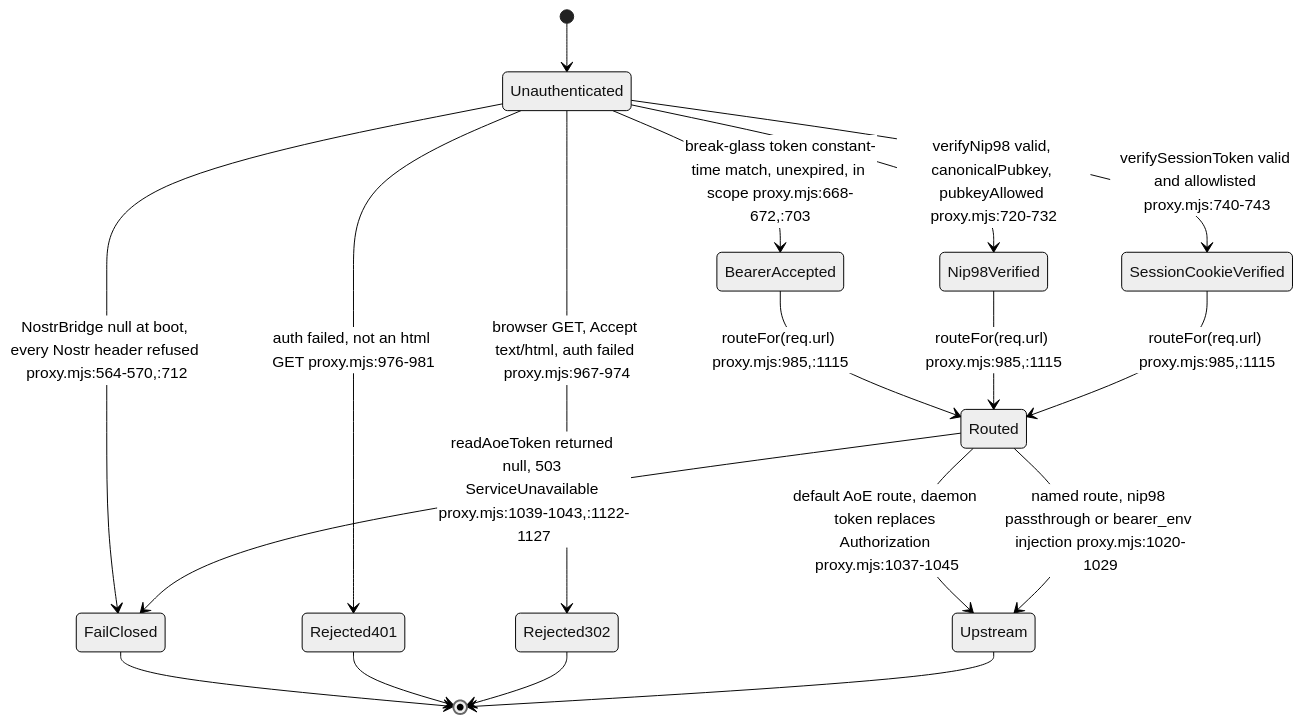
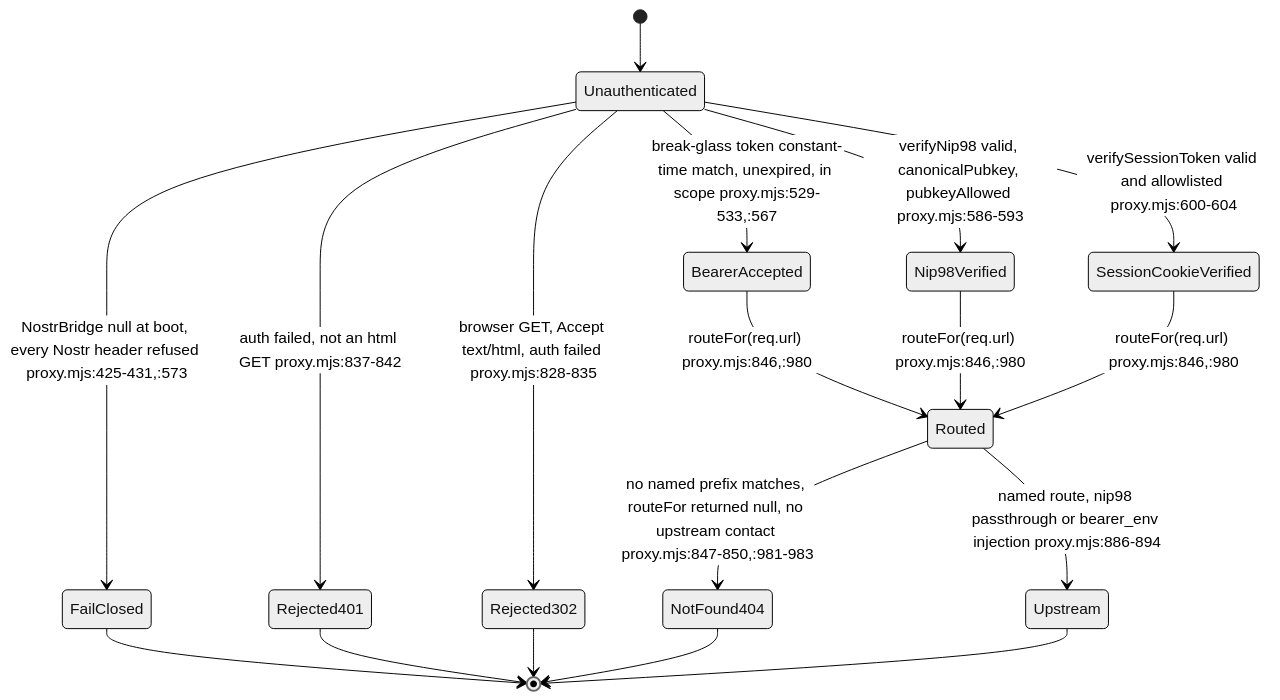
One commit to DreamLab-AI/VisionFlow changed the fifth of 13 diagrams in docs/diagrams/agentbox/10-ingress-nip98-proxy-and-aoe.md. Above: the diagram before and after it, drawn with Mermaid (neutral theme). The commit also changed other lines of this file and 145 other files, not shown here.

````diff
--- a/docs/diagrams/agentbox/10-ingress-nip98-proxy-and-aoe.md
+++ b/docs/diagrams/agentbox/10-ingress-nip98-proxy-and-aoe.md
@@ -254,20 +266,20 @@
 ```mermaid
 stateDiagram-v2
     [*] --> Unauthenticated
-    Unauthenticated --> BearerAccepted: break-glass token constant-time match, unexpired, in scope proxy.mjs:668-672,:703
-    Unauthenticated --> Nip98Verified: verifyNip98 valid, canonicalPubkey, pubkeyAllowed proxy.mjs:720-732
-    Unauthenticated --> SessionCookieVerified: verifySessionToken valid and allowlisted proxy.mjs:740-743
-    Unauthenticated --> Rejected302: browser GET, Accept text/html, auth failed proxy.mjs:967-974
-    Unauthenticated --> Rejected401: auth failed, not an html GET proxy.mjs:976-981
-    Unauthenticated --> FailClosed: NostrBridge null at boot, every Nostr header refused proxy.mjs:564-570,:712
-    BearerAccepted --> Routed: routeFor(req.url) proxy.mjs:985,:1115
-    Nip98Verified --> Routed: routeFor(req.url) proxy.mjs:985,:1115
-    SessionCookieVerified --> Routed: routeFor(req.url) proxy.mjs:985,:1115
-    Routed --> Upstream: default AoE route, daemon token replaces Authorization proxy.mjs:1037-1045
-    Routed --> Upstream: named route, nip98 passthrough or bearer_env injection proxy.mjs:1020-1029
-    Routed --> FailClosed: readAoeToken returned null, 503 ServiceUnavailable proxy.mjs:1039-1043,:1122-1127
+    Unauthenticated --> BearerAccepted: break-glass token constant-time match, unexpired, in scope proxy.mjs:529-533,:567
+    Unauthenticated --> Nip98Verified: verifyNip98 valid, canonicalPubkey, pubkeyAllowed proxy.mjs:586-593
+    Unauthenticated --> SessionCookieVerified: verifySessionToken valid and allowlisted proxy.mjs:600-604
+    Unauthenticated --> Rejected302: browser GET, Accept text/html, auth failed proxy.mjs:828-835
+    Unauthenticated --> Rejected401: auth failed, not an html GET proxy.mjs:837-842
+    Unauthenticated --> FailClosed: NostrBridge null at boot, every Nostr header refused proxy.mjs:425-431,:573
+    BearerAccepted --> Routed: routeFor(req.url) proxy.mjs:846,:980
+    Nip98Verified --> Routed: routeFor(req.url) proxy.mjs:846,:980
+    SessionCookieVerified --> Routed: routeFor(req.url) proxy.mjs:846,:980
+    Routed --> Upstream: named route, nip98 passthrough or bearer_env injection proxy.mjs:886-894
+    Routed --> NotFound404: no named prefix matches, routeFor returned null, no upstream contact proxy.mjs:847-850,:981-983
     FailClosed --> [*]
     Rejected401 --> [*]
     Rejected302 --> [*]
+    NotFound404 --> [*]
     Upstream --> [*]
 ```
````
